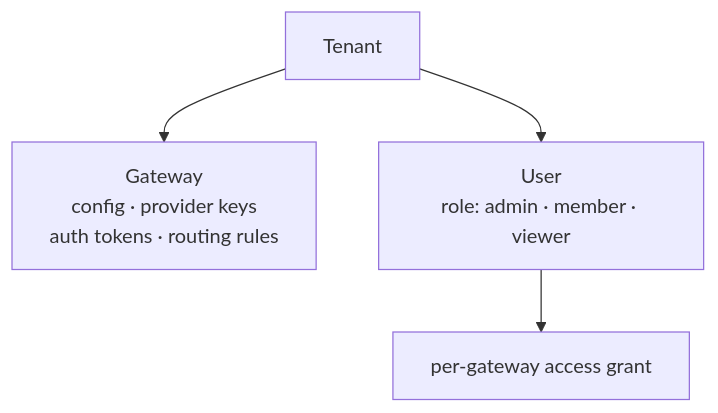
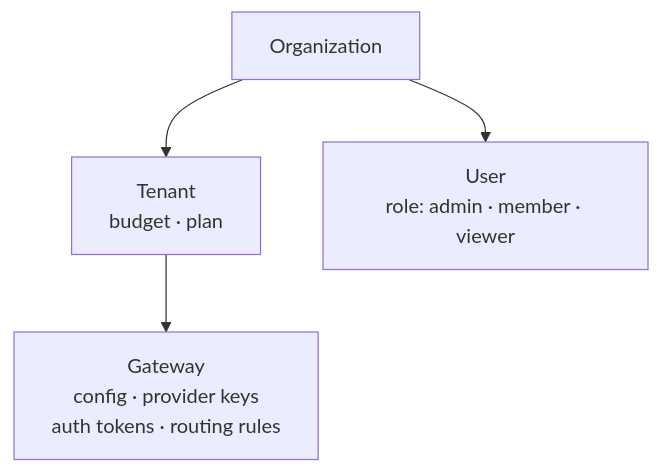
One commit to Myra-Security-GmbH/myraai-ios changed the diagram in docs/docs.md/concepts/multi-tenancy.md. Above: the diagram before and after it, drawn with Mermaid. The commit also changed other lines of this file and 27 other files, not shown here.

First line of the commit message:
docs: refresh screenshots, update auth/multi-tenancy/users docs, expand ARCHITECTURE.md

````diff
--- a/docs/docs.md/concepts/multi-tenancy.md
+++ b/docs/docs.md/concepts/multi-tenancy.md
@@ -15,7 +15,7 @@
 ```mermaid
 graph TD
-    T[Tenant]
+    O[Organization]
+    O --> T["Tenant<br/>budget · plan"]
     T --> G["Gateway<br/>config · provider keys<br/>auth tokens · routing rules"]
-    T --> U["User<br/>role: admin · member · viewer"]
-    U --> GA[per-gateway access grant]
+    O --> U["User<br/>role: admin · member · viewer"]
 ```
````
